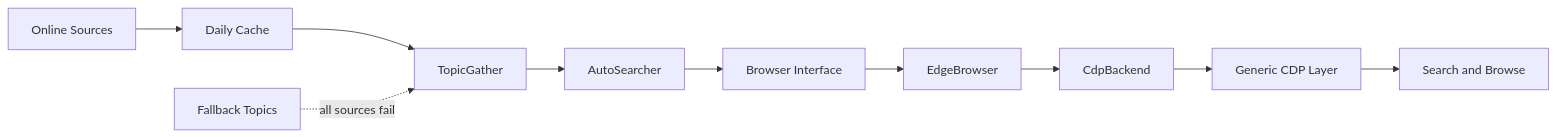
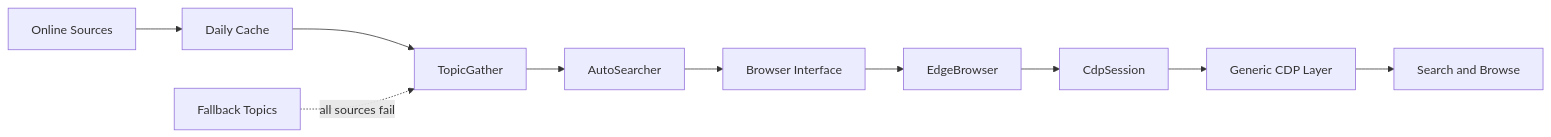
One commit to Ammmob/AutoSearcher changed the diagram in README.md. Above: the diagram before and after it, drawn with Mermaid. The commit also changed other lines of this file and 7 other files, not shown here.

Commit message:
refactor: replace backend abstraction with CDP session

````diff
--- a/README.md
+++ b/README.md
@@ -48,12 +48,12 @@
 ```mermaid
 flowchart LR
     Sources[Online Sources] --> Cache[Daily Cache]
     Cache --> Gather[TopicGather]
     Fallback[Fallback Topics] -. all sources fail .-> Gather
     Gather --> Runner[AutoSearcher]
     Runner --> Browser[Browser Interface]
     Browser --> Edge[EdgeBrowser]
-    Edge --> Backend[CdpBackend]
-    Backend --> CDP[Generic CDP Layer]
+    Edge --> Session[CdpSession]
+    Session --> CDP[Generic CDP Layer]
     CDP --> Search[Search and Browse]
 ```
````
